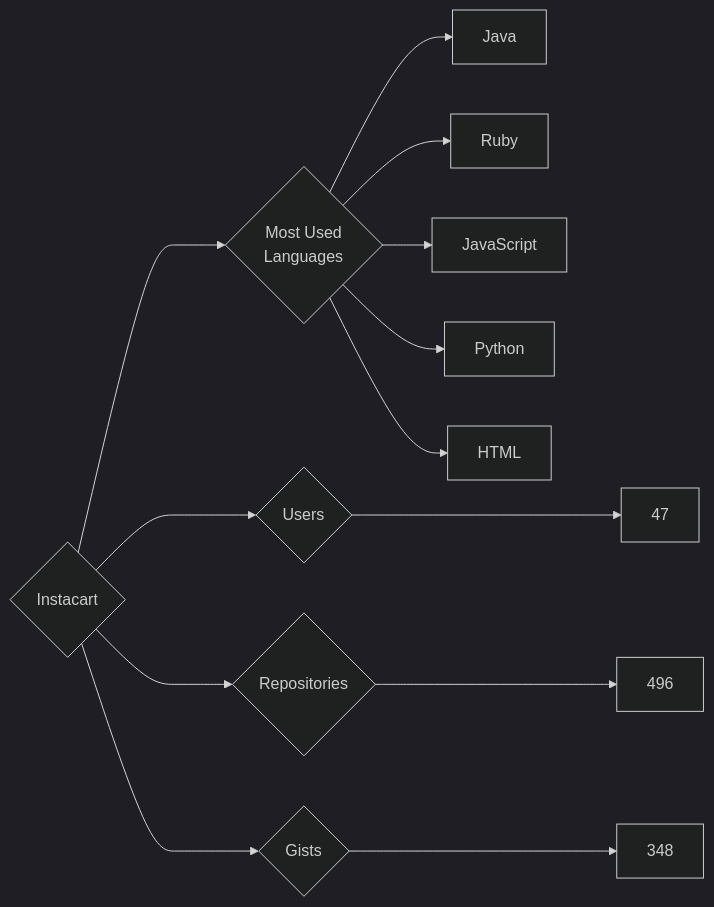
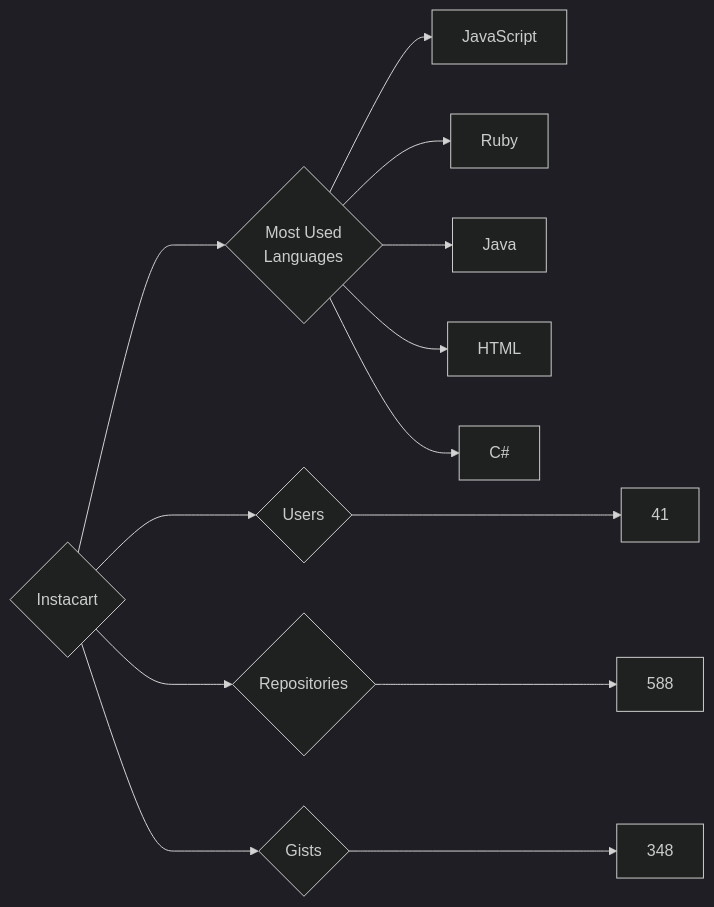
One commit to trickest/insiders changed the diagram in targets/Instacart/README.md. Above: the diagram before and after it, drawn with Mermaid (dark theme). The commit also changed 681 other files, not shown here.

````diff
--- a/targets/Instacart/README.md
+++ b/targets/Instacart/README.md
@@ -3,13 +3,13 @@
 ```mermaid
 graph LR
 COMPANY_NAME{Instacart}
-COMPANY_NAME ---> U{Users} ---> UN[47]
-COMPANY_NAME ---> R{Repositories} ---> RN[496]
+COMPANY_NAME ---> U{Users} ---> UN[41]
+COMPANY_NAME ---> R{Repositories} ---> RN[588]
 COMPANY_NAME ---> G{Gists} ---> GN[348]
 COMPANY_NAME ---> ML{Most Used<br>Languages}
+ML --> JavaScript[JavaScript]
+ML --> Ruby[Ruby]
 ML --> Java[Java]
-ML --> Ruby[Ruby]
-ML --> JavaScript[JavaScript]
-ML --> Python[Python]
 ML --> HTML[HTML]
+ML --> C#[C#]
 ```
````
